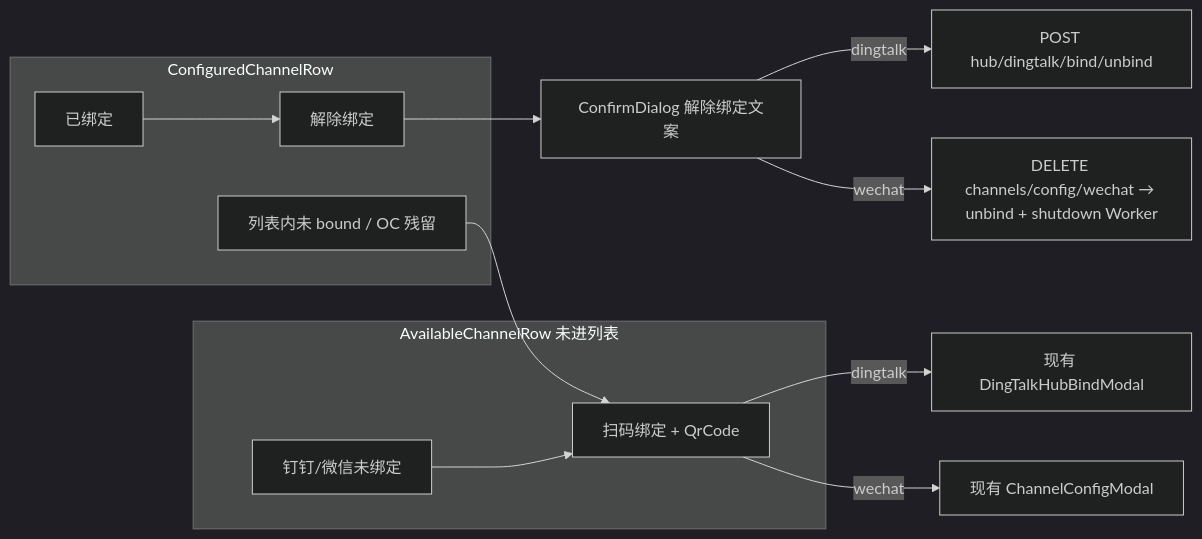
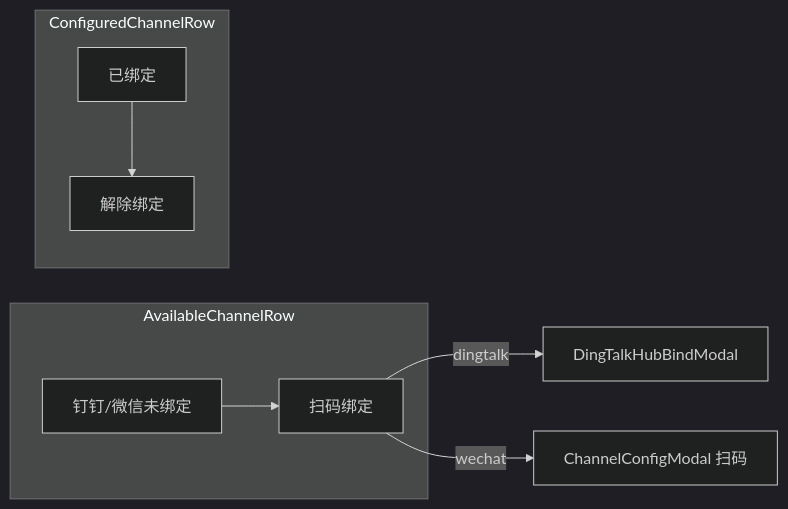
The diagram in docs/频道行固定引擎与扫码操作方案.md (snecjk/sclaw), drawn with Mermaid (dark theme) before and after one commit. The commit also changed other lines of this file and 62 other files, not shown here.

First line of the commit message:
feat(channels): 破坏性重绑 epoch 与微信 Worker 运行时收敛

````diff
--- a/docs/频道行固定引擎与扫码操作方案.md
+++ b/docs/频道行固定引擎与扫码操作方案.md
@@ -41,15 +23,11 @@
 ```mermaid
 flowchart LR
-  subgraph available [AvailableChannelRow 未进列表]
-    availUnbound["钉钉/微信未绑定"] --> scanBtn["扫码绑定 + QrCode"]
+  subgraph available [AvailableChannelRow]
+    availUnbound["钉钉/微信未绑定"] --> scanBtn["扫码绑定"]
   end
   subgraph configured [ConfiguredChannelRow]
-    cfgUnbound["列表内未 bound / OC 残留"] --> scanBtn
     bound["已绑定"] --> unbindBtn["解除绑定"]
   end
-  scanBtn -->|dingtalk| hubModal["现有 DingTalkHubBindModal"]
-  scanBtn -->|wechat| configModal["现有 ChannelConfigModal"]
-  unbindBtn --> confirm["ConfirmDialog 解除绑定文案"]
-  confirm -->|dingtalk| unbindApi["POST hub/dingtalk/bind/unbind"]
-  confirm -->|wechat| deleteApi["DELETE channels/config/wechat → unbind + shutdown Worker"]
+  scanBtn -->|dingtalk| hubModal["DingTalkHubBindModal"]
+  scanBtn -->|wechat| configModal["ChannelConfigModal 扫码"]
 ```
````
